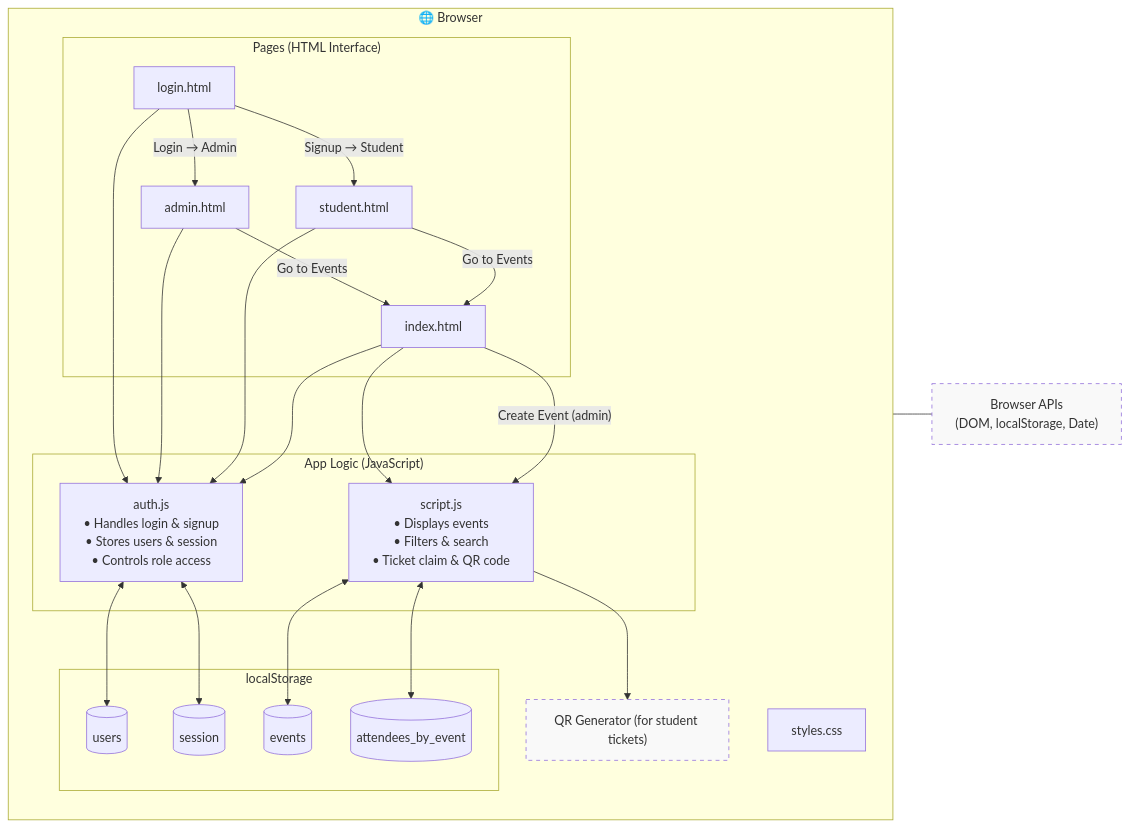
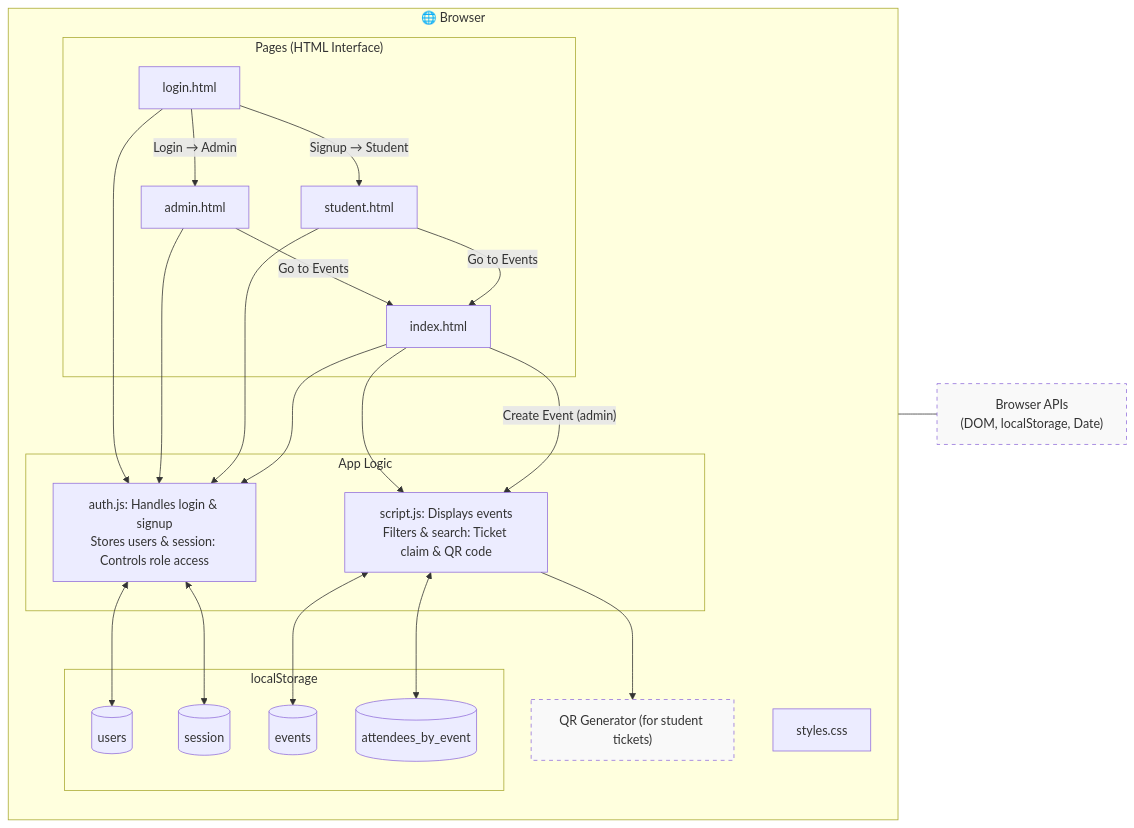
One commit to MarcElHaddad1/SOEN-341 changed the diagram in block_diagram.mmd. Above: the diagram before and after it, drawn with Mermaid.

```diff
--- a/block_diagram.mmd
+++ b/block_diagram.mmd
@@ -1,62 +1,64 @@
 flowchart LR
   %% ========== MAIN APP ==========
   subgraph Browser["🌐 Browser "]
     
     %% Pages Layer
     subgraph Pages[" Pages (HTML Interface)"]
       L[login.html]
       A[admin.html]
       S[student.html]
       I[index.html]
     end
 
     %% Logic Layer
-    subgraph Logic[" App Logic (JavaScript)"]
-      AUTH["auth.js\n• Handles login & signup\n• Stores users & session\n• Controls role access"]
-      SCR["script.js\n• Displays events\n• Filters & search\n• Ticket claim & QR code"]
+    subgraph Logic[" App Logic "]
+      AUTH["auth.js: Handles login & signup
+Stores users & session: Controls role access"]
+      SCR["script.js: Displays events
+Filters & search: Ticket claim & QR code"]
     end
 
     %% Data Layer
     subgraph Data[" localStorage "]
       USERS[(users)]
       SESSION[(session)]
       EVENTS[(events)]
       ATTENDEES[(attendees_by_event)]
     end
 
     %% Styling
     STY[styles.css]
 
     %% Page connections
     L --> AUTH
     A --> AUTH
     S --> AUTH
     I --> AUTH
     I --> SCR
 
     %% Logic <-> Data
     AUTH <--> USERS
     AUTH <--> SESSION
     SCR  <--> EVENTS
     SCR  <--> ATTENDEES
 
     %% Navigation flow
     L -- "Login → Admin" --> A
     L -- "Signup → Student" --> S
     A -- "Go to Events" --> I
     S -- "Go to Events" --> I
 
     %% Admin-only function
     I -- "Create Event (admin)" --> SCR
 
     %% Utility
     QR["QR Generator (for student tickets)"]:::util
     SCR --> QR
 
     classDef util stroke-dasharray:5 5, fill:#f9f9f9;
   end
 
   %% External dependencies
   BAPI["Browser APIs 
 (DOM, localStorage, Date)"]:::util
   Browser --- BAPI
```
